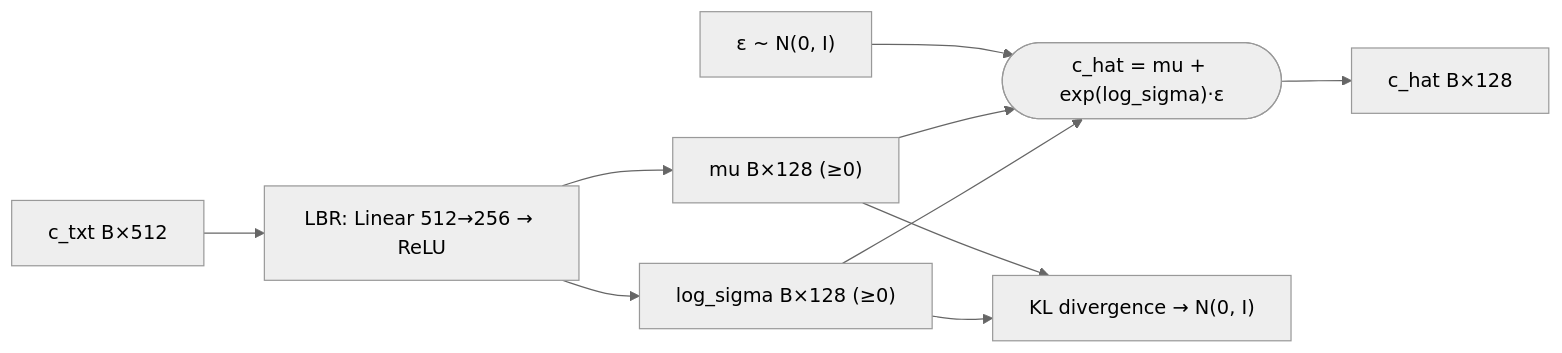
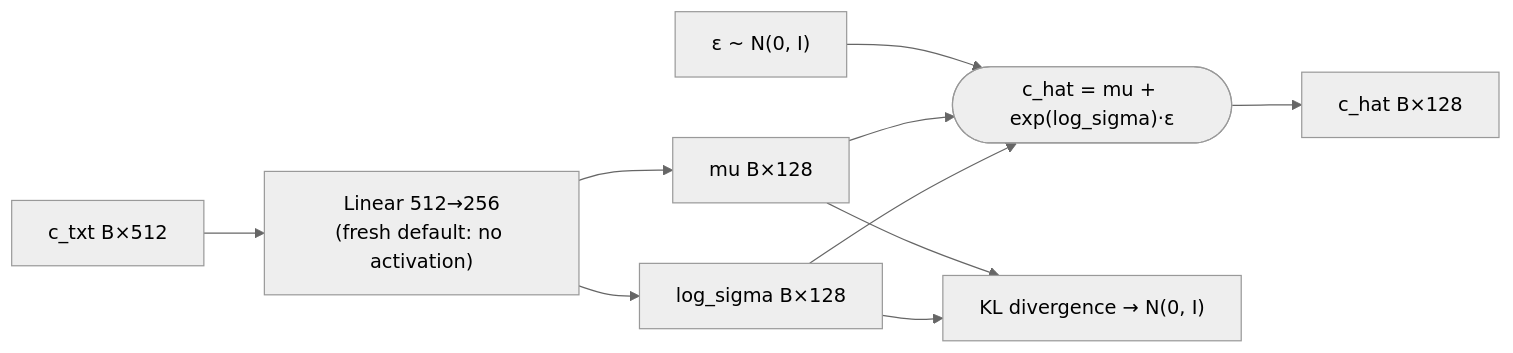
The second of 6 diagrams in docs/explanation/architecture.md (youngunghan/MS-CLIP-GAN-Multi-Stage-Text-to-Image-Generation-with-CLIP-Guided-Synthesis), drawn with Mermaid (neutral theme) before and after one commit. The commit also changed other lines of this file and 58 other files, not shown here.

````diff
--- a/docs/explanation/architecture.md
+++ b/docs/explanation/architecture.md
@@ -61,12 +63,12 @@
 ```mermaid
 flowchart LR
-    CT["c_txt B×512"] --> L["LBR: Linear 512→256 → ReLU"]
-    L --> MU["mu B×128 (≥0)"]
-    L --> LS["log_sigma B×128 (≥0)"]
+    CT["c_txt B×512"] --> L["Linear 512→256<br/>(fresh default: no activation)"]
+    L --> MU["mu B×128"]
+    L --> LS["log_sigma B×128"]
     EPS["ε ~ N(0, I)"] --> R
     MU --> R(["c_hat = mu + exp(log_sigma)·ε"])
     LS --> R
     MU --> KL["KL divergence → N(0, I)"]
     LS --> KL
     R --> OUT["c_hat B×128"]
 ```
````
